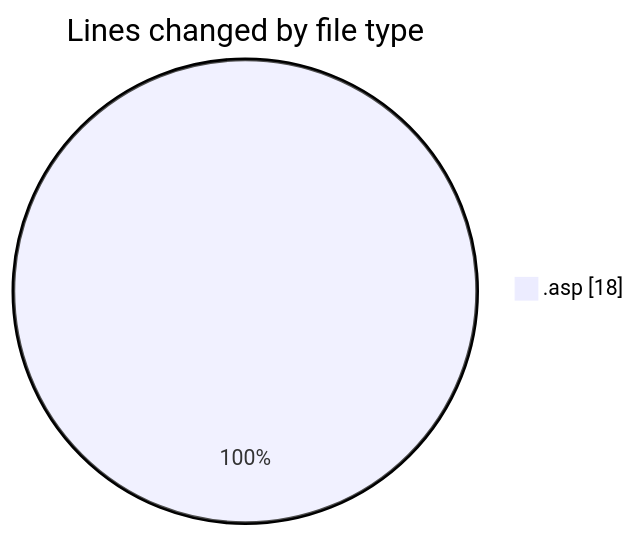
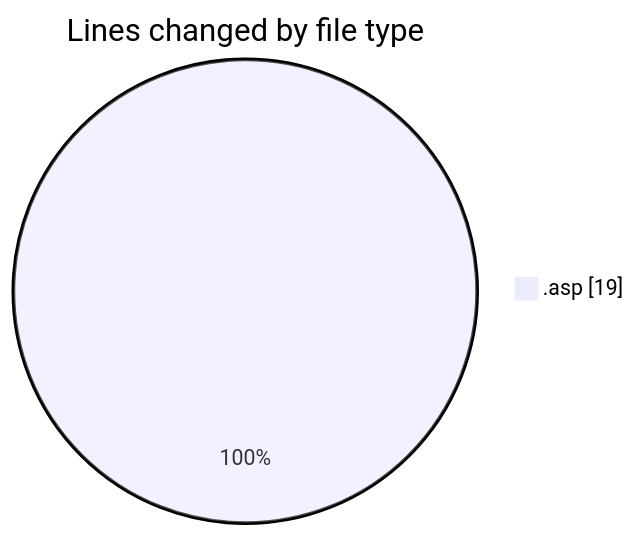
One commit to julien-gomy/code-tracking changed the first of 2 diagrams in 2025-11-02/cdp_aleoudev_fr__workspace_/README.md. Above: the diagram before and after it, drawn with Mermaid. The commit also changed other lines of this file and 1 other file, not shown here.

````diff
--- a/2025-11-02/cdp_aleoudev_fr__workspace_/README.md
+++ b/2025-11-02/cdp_aleoudev_fr__workspace_/README.md
@@ -21,5 +21,5 @@
 ```mermaid
 pie showData
 title Lines changed by file type
-".asp" : 18
+".asp" : 19
 ```
````
